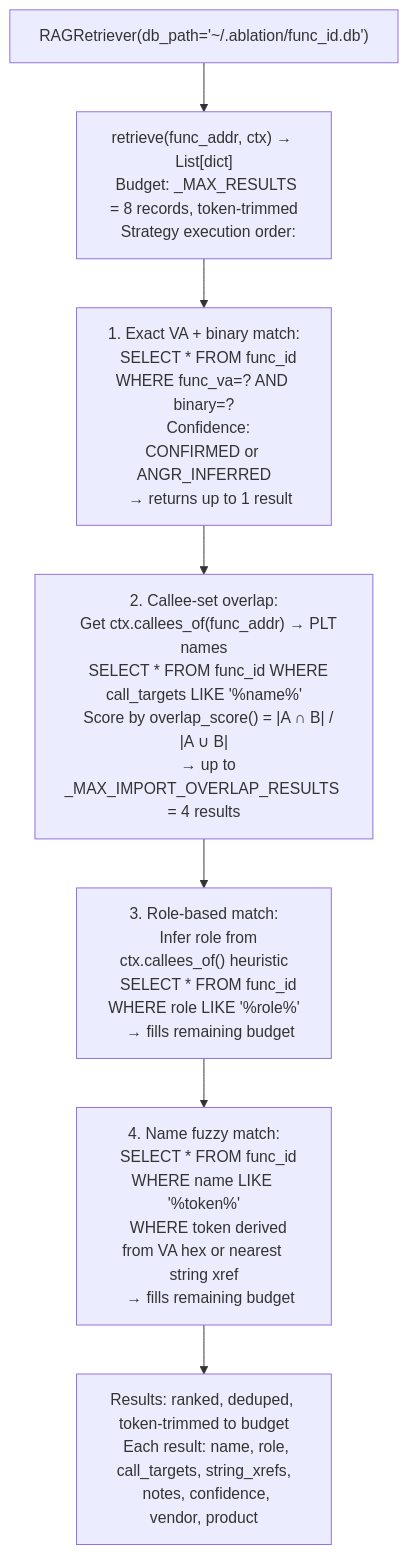
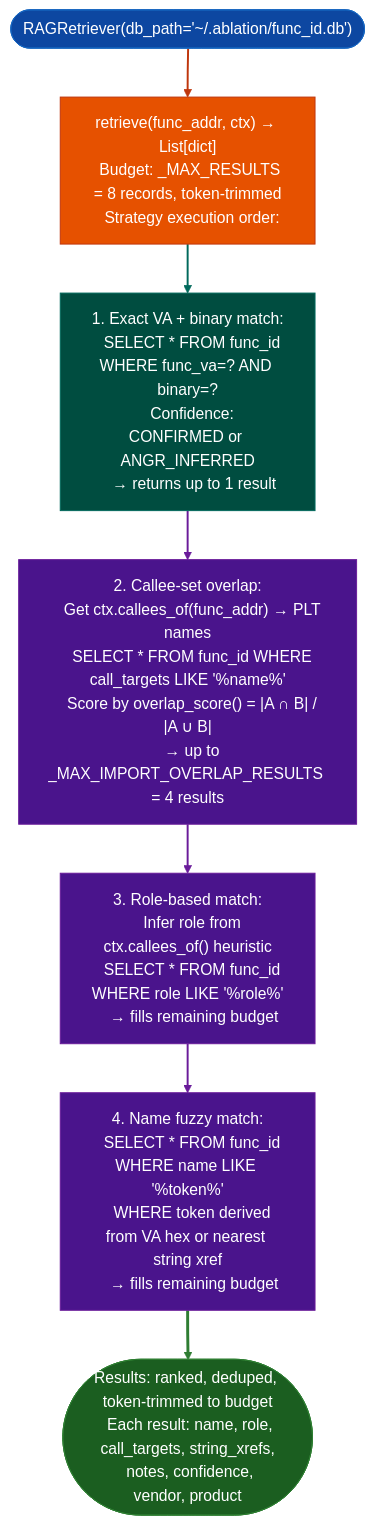
The diagram in docs/reference-modules/prior-finding-retrieval.md (Ablation-Tool/ablation), drawn with Mermaid before and after one commit. The commit also changed 320 other files, not shown here.

First line of the commit message:
docs: apply canonical Mermaid template to all 321 diagrams

````diff
--- a/docs/reference-modules/prior-finding-retrieval.md
+++ b/docs/reference-modules/prior-finding-retrieval.md
@@ -19,9 +19,21 @@
 ```mermaid
 flowchart TD
-    A["RAGRetriever(db_path='~/.ablation/func_id.db')"] --> B["retrieve(func_addr, ctx) → List[dict]\n  Budget: _MAX_RESULTS = 8 records, token-trimmed\n  Strategy execution order:"]
-    B --> C["1. Exact VA + binary match:\n   SELECT * FROM func_id WHERE func_va=? AND binary=?\n   Confidence: CONFIRMED or ANGR_INFERRED\n   → returns up to 1 result"]
-    C --> D["2. Callee-set overlap:\n   Get ctx.callees_of(func_addr) → PLT names\n   SELECT * FROM func_id WHERE call_targets LIKE '%name%'\n   Score by overlap_score() = |A ∩ B| / |A ∪ B|\n   → up to _MAX_IMPORT_OVERLAP_RESULTS = 4 results"]
-    D --> E["3. Role-based match:\n   Infer role from ctx.callees_of() heuristic\n   SELECT * FROM func_id WHERE role LIKE '%role%'\n   → fills remaining budget"]
-    E --> F["4. Name fuzzy match:\n   SELECT * FROM func_id WHERE name LIKE '%token%'\n   WHERE token derived from VA hex or nearest string xref\n   → fills remaining budget"]
-    F --> G["Results: ranked, deduped, token-trimmed to budget\n  Each result: name, role, call_targets, string_xrefs,\n  notes, confidence, vendor, product"]
+    A(["RAGRetriever(db_path='~/.ablation/func_id.db')"]):::input --> B["retrieve(func_addr, ctx) → List[dict]\n  Budget: _MAX_RESULTS = 8 records, token-trimmed\n  Strategy execution order:"]:::primary
+    B:::primary --> C["1. Exact VA + binary match:\n   SELECT * FROM func_id WHERE func_va=? AND binary=?\n   Confidence: CONFIRMED or ANGR_INFERRED\n   → returns up to 1 result"]:::secondary
+    C:::secondary --> D["2. Callee-set overlap:\n   Get ctx.callees_of(func_addr) → PLT names\n   SELECT * FROM func_id WHERE call_targets LIKE '%name%'\n   Score by overlap_score() = |A ∩ B| / |A ∪ B|\n   → up to _MAX_IMPORT_OVERLAP_RESULTS = 4 results"]:::tertiary
+    D:::tertiary --> E["3. Role-based match:\n   Infer role from ctx.callees_of() heuristic\n   SELECT * FROM func_id WHERE role LIKE '%role%'\n   → fills remaining budget"]:::tertiary
+    E:::tertiary --> F["4. Name fuzzy match:\n   SELECT * FROM func_id WHERE name LIKE '%token%'\n   WHERE token derived from VA hex or nearest string xref\n   → fills remaining budget"]:::tertiary
+    F:::tertiary --> G(["Results: ranked, deduped, token-trimmed to budget\n  Each result: name, role, call_targets, string_xrefs,\n  notes, confidence, vendor, product"]):::output
+    classDef input     fill:#0d47a1,stroke:#1565c0,color:#fff
+    classDef primary   fill:#e65100,stroke:#bf360c,color:#fff
+    classDef secondary fill:#004d40,stroke:#00695c,color:#fff
+    classDef tertiary  fill:#4a148c,stroke:#6a1b9a,color:#fff
+    classDef neutral   fill:#37474f,stroke:#546e7a,color:#fff
+    classDef output    fill:#1b5e20,stroke:#2e7d32,color:#fff
+    linkStyle 0 stroke:#bf360c,stroke-width:2px
+    linkStyle 1 stroke:#00695c,stroke-width:2px
+    linkStyle 2 stroke:#6a1b9a,stroke-width:2px
+    linkStyle 3 stroke:#6a1b9a,stroke-width:2px
+    linkStyle 4 stroke:#6a1b9a,stroke-width:2px
+    linkStyle 5 stroke:#2e7d32,stroke-width:3px
 ```
````
